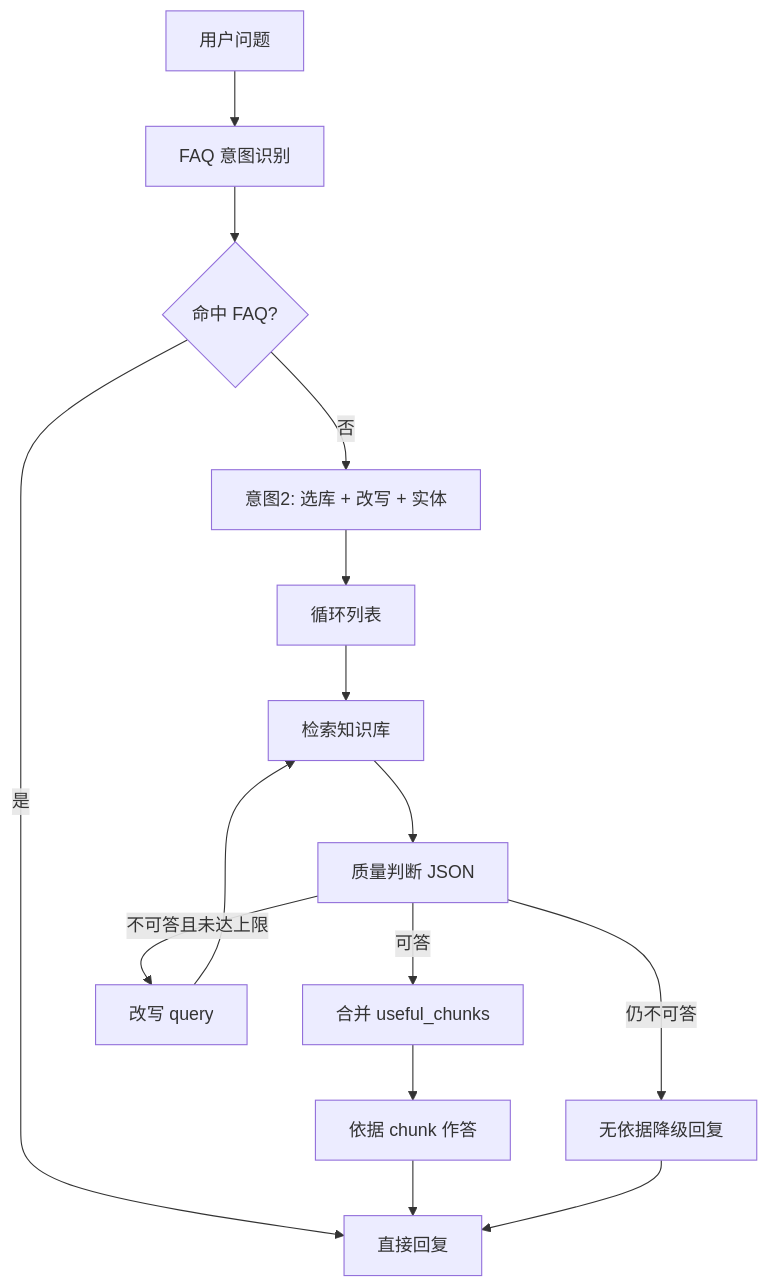
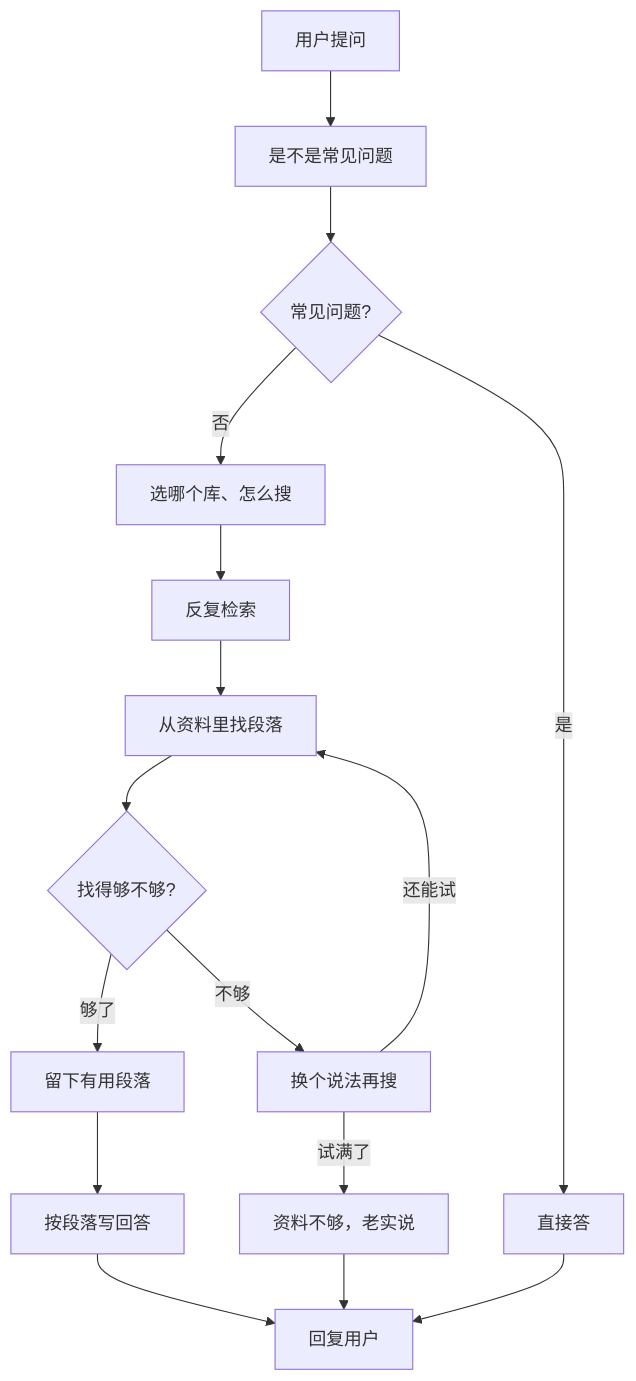
The first of 2 diagrams in projects/enterprise-rag/diagrams/workflow.md (gogogo-a/Agent-Portfolio), drawn with Mermaid before and after one commit. The commit also changed other lines of this file and 15 other files, not shown here.

Commit message:
文档：首页挂上会议、问答、切段、工作票流程图

````diff
--- a/projects/enterprise-rag/diagrams/workflow.md
+++ b/projects/enterprise-rag/diagrams/workflow.md
@@ -3,17 +3,18 @@
 ```mermaid
 flowchart TD
-    A[用户问题] --> B[FAQ 意图识别]
-    B --> C{命中 FAQ?}
-    C -->|是| Z[直接回复]
-    C -->|否| D[意图2: 选库 + 改写 + 实体]
-    D --> E[循环列表]
-    E --> F[检索知识库]
-    F --> G[质量判断 JSON]
-    G -->|可答| H[合并 useful_chunks]
-    G -->|不可答且未达上限| I[改写 query]
-    I --> F
-    G -->|仍不可答| J[无依据降级回复]
-    H --> K[依据 chunk 作答]
-    K --> Z
-    J --> Z
+    A[用户提问] --> B[是不是常见问题]
+    B --> C{常见问题?}
+    C -->|是| Z[直接答]
+    C -->|否| D[选哪个库、怎么搜]
+    D --> E[反复检索]
+    E --> F[从资料里找段落]
+    F --> G{找得够不够?}
+    G -->|够了| H[留下有用段落]
+    G -->|不够| I[换个说法再搜]
+    I -->|还能试| F
+    I -->|试满了| J[资料不够，老实说]
+    H --> K[按段落写回答]
+    K --> Z2[回复用户]
+    J --> Z2
+    Z --> Z2
 ```
````
